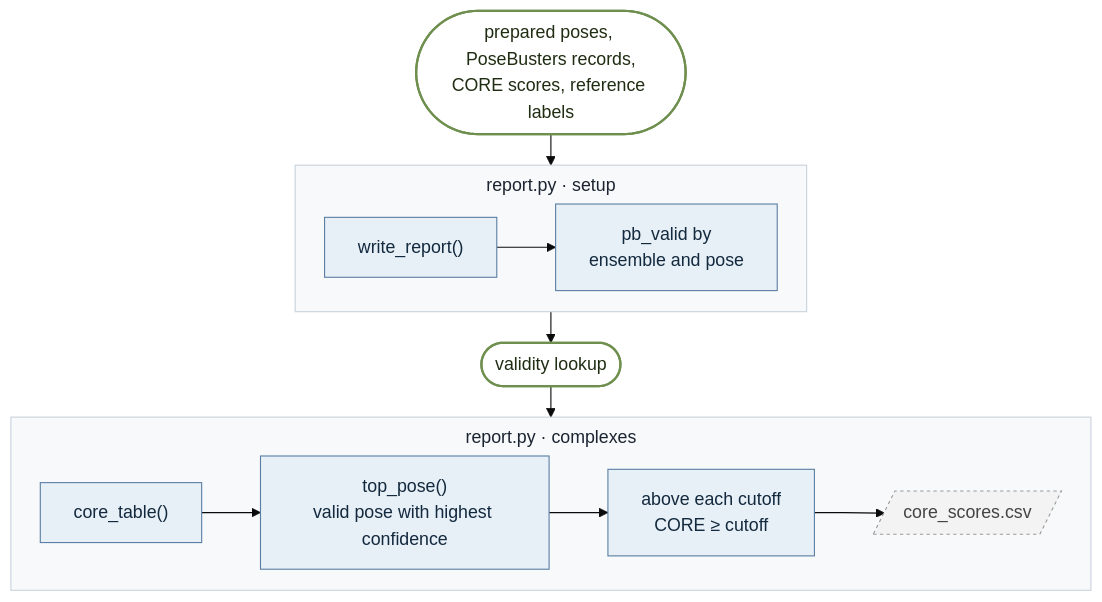
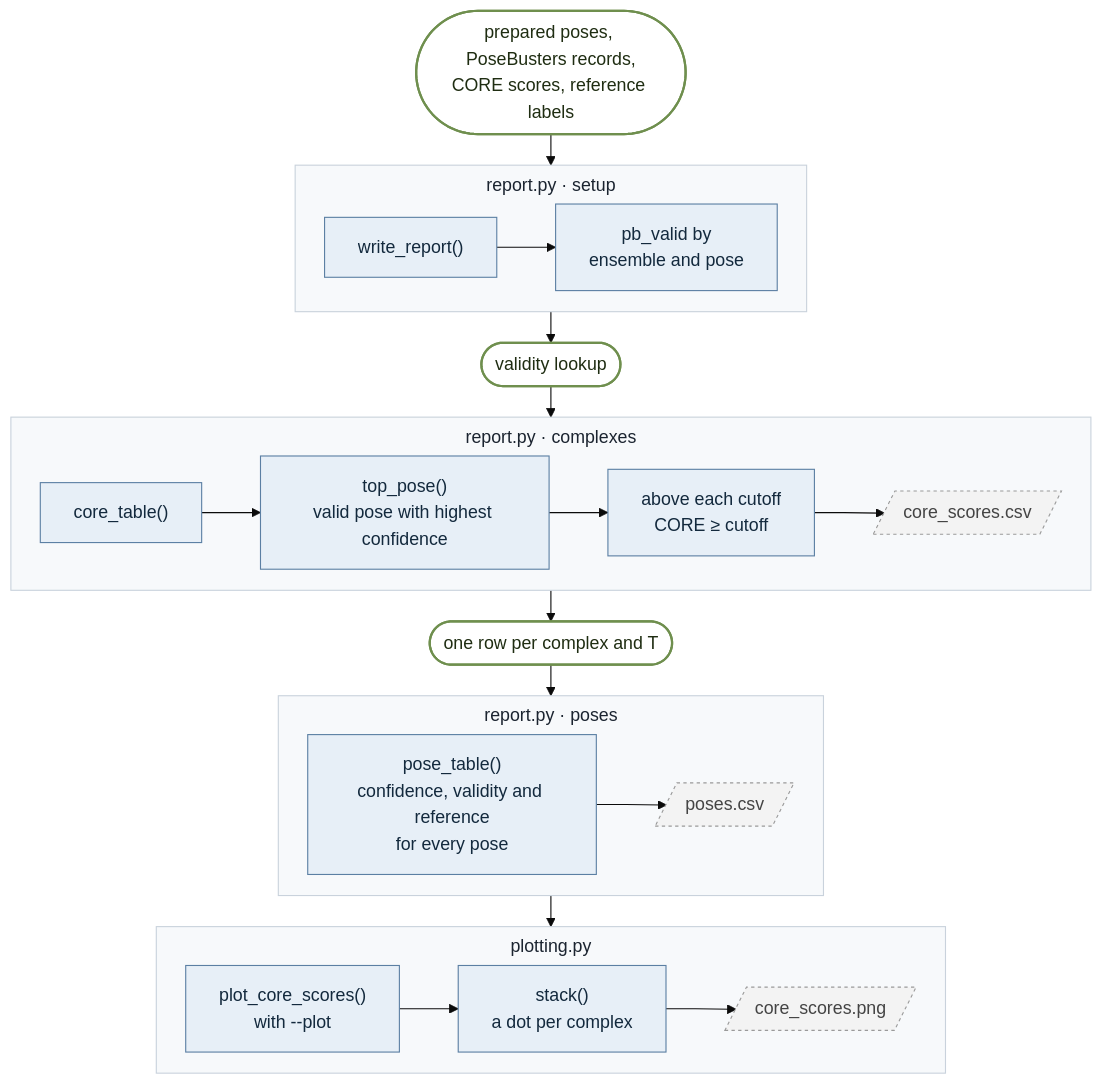
One commit to James-Broster/core-score changed the ninth of 9 diagrams in docs/code-map.md. Above: the diagram before and after it, drawn with Mermaid (base theme). The commit also changed other lines of this file and 9 other files, not shown here.

First line of the commit message:
Add poses.csv and an optional dot plot of the CORE Scores

````diff
--- a/docs/code-map.md
+++ b/docs/code-map.md
@@ -384,25 +384,36 @@
 ```mermaid
 %%{init: {"flowchart": {"curve": "linear", "nodeSpacing": 18, "rankSpacing": 28, "subGraphTitleMargin": {"top": 6, "bottom": 10}}}}%%
 flowchart TB
     classDef fn fill:#e7eff7,stroke:#5b7fa3,color:#13293d
     classDef data fill:#ffffff,stroke:#6f8f4e,color:#1f2d12,stroke-width:2px
     classDef file fill:#f3f3f3,stroke:#9a9a9a,color:#444,stroke-dasharray:3 3
     classDef stage fill:#f7f9fb,stroke:#c9d2dc,color:#1b2430
 
     start(["prepared poses, PoseBusters records,<br/>CORE scores, reference labels"]):::data
 
     subgraph D1["report.py · setup"]
         direction LR
         a1["write_report()"]:::fn --> a2["pb_valid by<br/>ensemble and pose"]:::fn
     end
     d1(["validity lookup"]):::data
 
     subgraph D2["report.py · complexes"]
         direction LR
         b1["core_table()"]:::fn --> b2["top_pose()<br/>valid pose with highest confidence"]:::fn --> b3["above each cutoff<br/>CORE ≥ cutoff"]:::fn --> b4[/"core_scores.csv"/]:::file
     end
+    d2(["one row per complex and T"]):::data
 
-    start --> D1 --> d1 --> D2
+    subgraph D3["report.py · poses"]
+        direction LR
+        c1["pose_table()<br/>confidence, validity and reference<br/>for every pose"]:::fn --> c2[/"poses.csv"/]:::file
+    end
 
-    class D1,D2 stage
+    subgraph D4["plotting.py"]
+        direction LR
+        e1["plot_core_scores()<br/>with --plot"]:::fn --> e2["stack()<br/>a dot per complex"]:::fn --> e3[/"core_scores.png"/]:::file
+    end
+
+    start --> D1 --> d1 --> D2 --> d2 --> D3 --> D4
+
+    class D1,D2,D3,D4 stage
 ```
````
